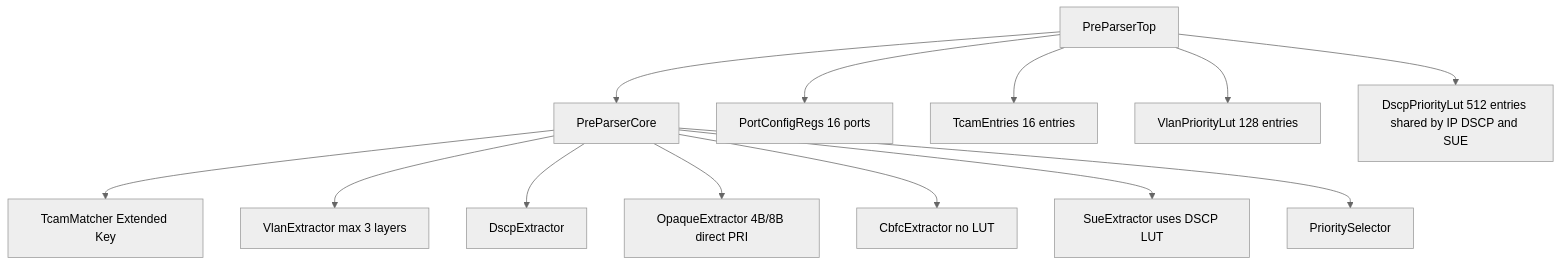
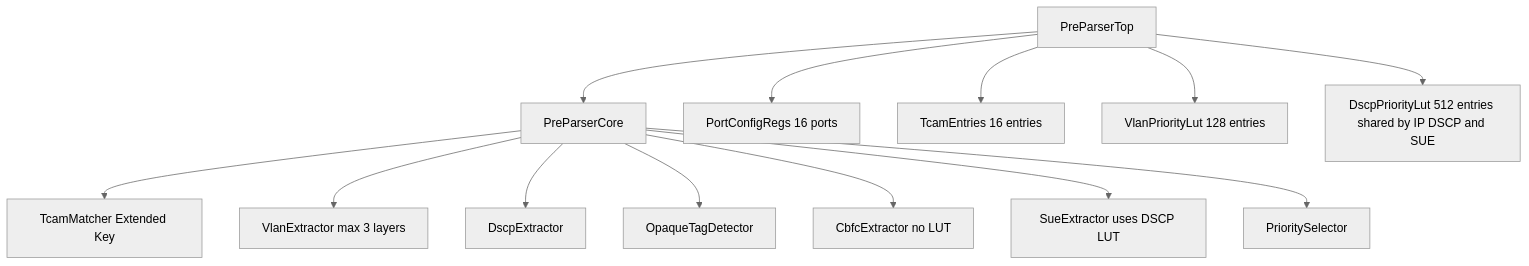
The third of 3 diagrams in docs/PreParser.md (RuyeeAI/HardwareDesign), drawn with Mermaid (neutral theme) before and after one commit. The commit also changed other lines of this file and 8 other files, not shown here.

````diff
--- a/docs/PreParser.md
+++ b/docs/PreParser.md
@@ -379,31 +392,31 @@
 ```mermaid
 graph TD
     PreParserTop[PreParserTop]
     PreParserCore[PreParserCore]
     PortConfigRegs[PortConfigRegs 16 ports]
     TcamEntries[TcamEntries 16 entries]
     VlanPriorityLut[VlanPriorityLut 128 entries]
     DscpPriorityLut[DscpPriorityLut 512 entries shared by IP DSCP and SUE]
 
     TcamMatcher[TcamMatcher Extended Key]
     VlanExtractor[VlanExtractor max 3 layers]
     DscpExtractor[DscpExtractor]
-    OpaqueExtractor[OpaqueExtractor 4B/8B direct PRI]
+    OpaqueTagDetector[OpaqueTagDetector]
     CbfcExtractor[CbfcExtractor no LUT]
     SueExtractor[SueExtractor uses DSCP LUT]
     PrioritySelector[PrioritySelector]
 
     PreParserTop --> PreParserCore
     PreParserTop --> PortConfigRegs
     PreParserTop --> TcamEntries
     PreParserTop --> VlanPriorityLut
     PreParserTop --> DscpPriorityLut
 
     PreParserCore --> TcamMatcher
     PreParserCore --> VlanExtractor
     PreParserCore --> DscpExtractor
-    PreParserCore --> OpaqueExtractor
+    PreParserCore --> OpaqueTagDetector
     PreParserCore --> CbfcExtractor
     PreParserCore --> SueExtractor
     PreParserCore --> PrioritySelector
 ```
````
